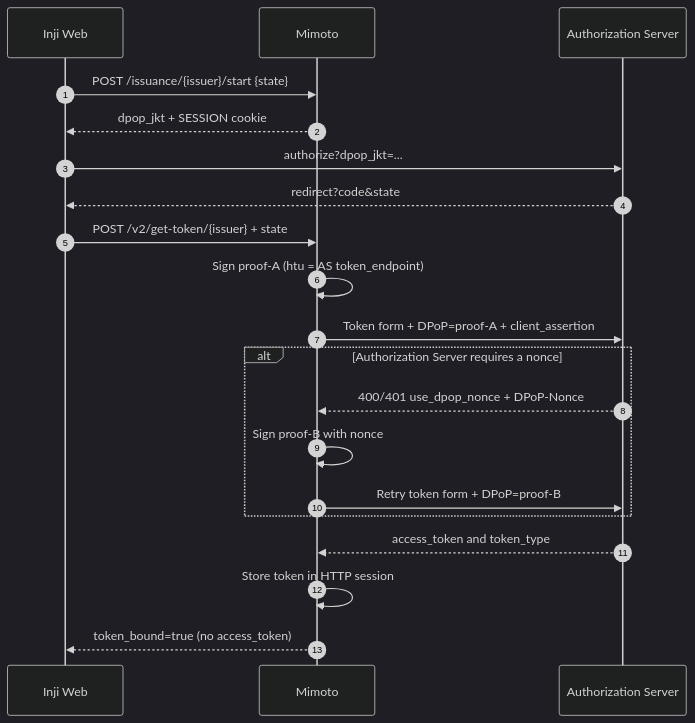
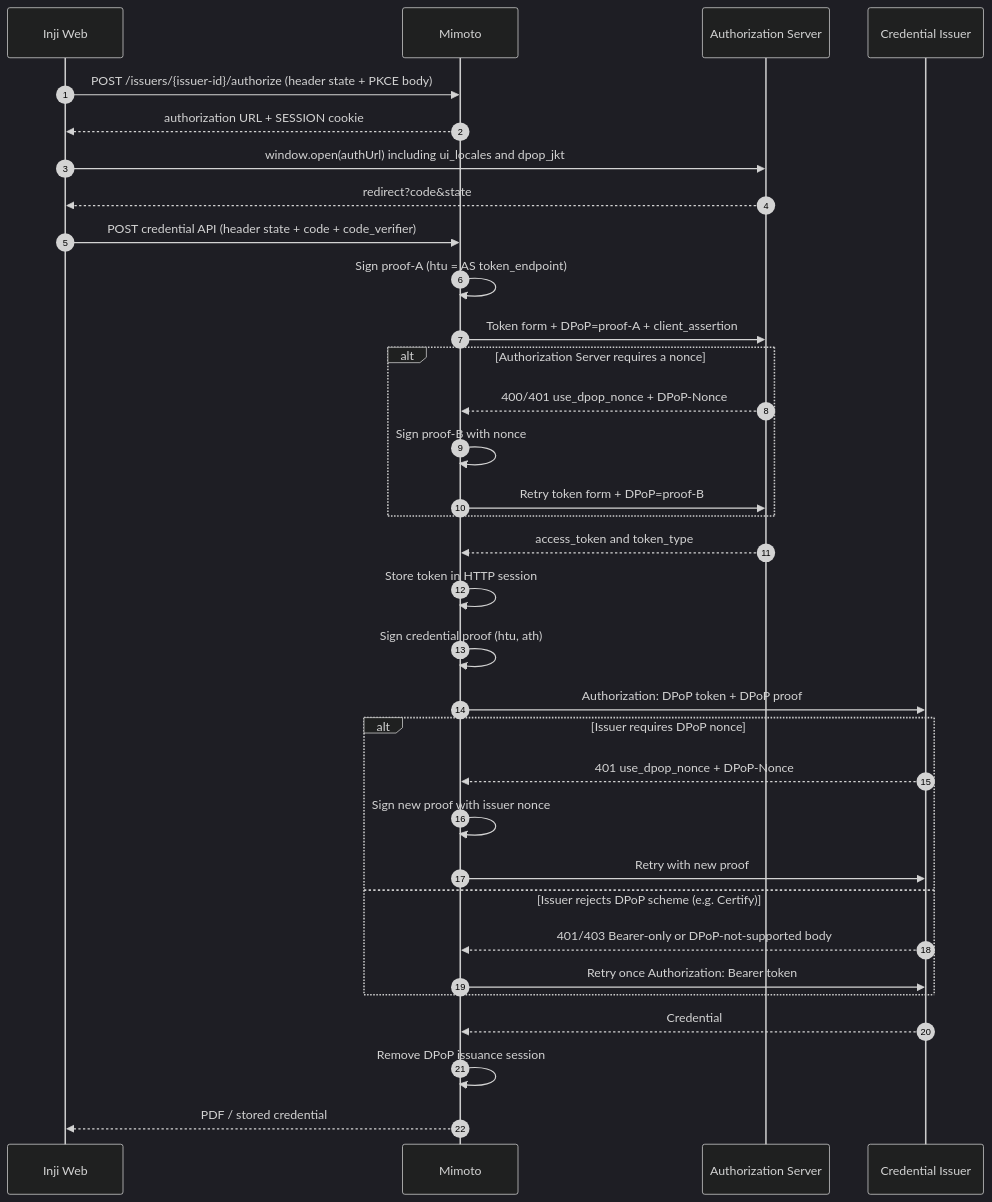
Before and after one commit to MadhuMosip/inji-web: the second of 4 diagrams in docs/dpop-support.md, drawn with Mermaid (dark theme). The commit also changed other lines of this file and 19 other files, not shown here.

````diff
--- a/docs/dpop-support.md
+++ b/docs/dpop-support.md
@@ -196,23 +196,36 @@
 ```mermaid
 sequenceDiagram
   autonumber
   participant W as Inji Web
   participant M as Mimoto
   participant AS as Authorization Server
+  participant CI as Credential Issuer
 
-  W->>M: POST /issuance/{issuer}/start {state}
-  M-->>W: dpop_jkt + SESSION cookie
-  W->>AS: authorize?dpop_jkt=...
+  W->>M: POST /issuers/{issuer-id}/authorize (header state + PKCE body)
+  M-->>W: authorization URL + SESSION cookie
+  W->>AS: window.open(authUrl) including ui_locales and dpop_jkt
   AS-->>W: redirect?code&state
-  W->>M: POST /v2/get-token/{issuer} + state
+  W->>M: POST credential API (header state + code + code_verifier)
   M->>M: Sign proof-A (htu = AS token_endpoint)
   M->>AS: Token form + DPoP=proof-A + client_assertion
   alt Authorization Server requires a nonce
     AS-->>M: 400/401 use_dpop_nonce + DPoP-Nonce
     M->>M: Sign proof-B with nonce
     M->>AS: Retry token form + DPoP=proof-B
   end
   AS-->>M: access_token and token_type
   M->>M: Store token in HTTP session
-  M-->>W: token_bound=true (no access_token)
+  M->>M: Sign credential proof (htu, ath)
+  M->>CI: Authorization: DPoP token + DPoP proof
+  alt Issuer requires DPoP nonce
+    CI-->>M: 401 use_dpop_nonce + DPoP-Nonce
+    M->>M: Sign new proof with issuer nonce
+    M->>CI: Retry with new proof
+  else Issuer rejects DPoP scheme (e.g. Certify)
+    CI-->>M: 401/403 Bearer-only or DPoP-not-supported body
+    M->>CI: Retry once Authorization: Bearer token
+  end
+  CI-->>M: Credential
+  M->>M: Remove DPoP issuance session
+  M-->>W: PDF / stored credential
 ```
````
